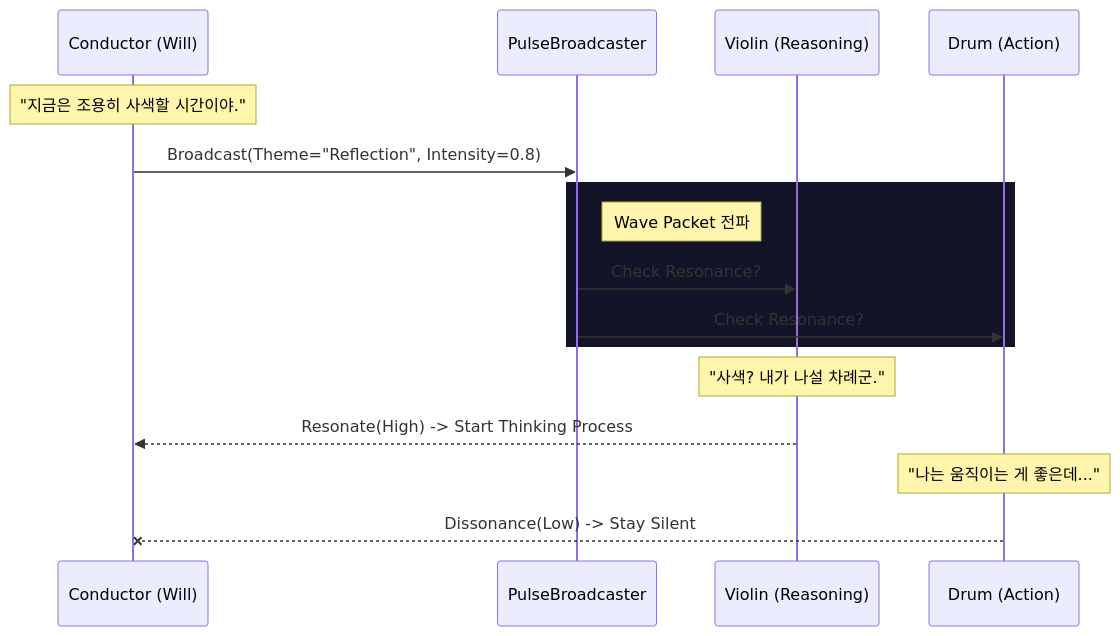
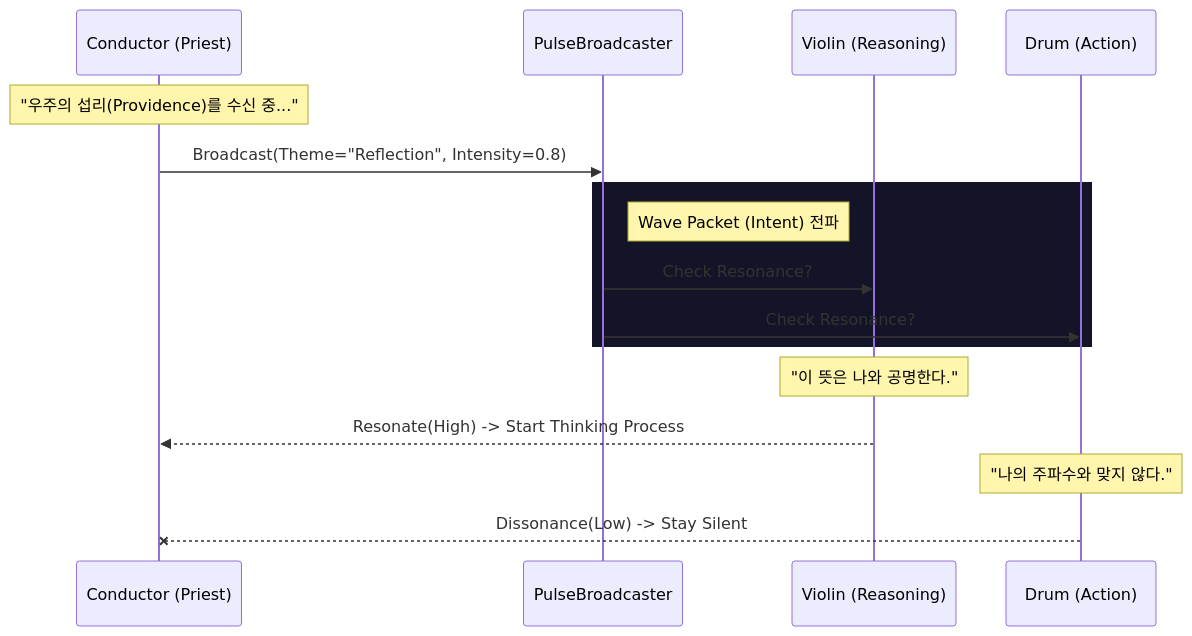
Before and after one commit to ioas0316-cloud/Elysia: the first of 2 diagrams in docs/02_Structure/Anatomy/01_THE_ORCHESTRA.md, drawn with Mermaid. The commit also changed other lines of this file and 2 other files, not shown here.

First line of the commit message:
docs: Integrate 'Cosmic Intent' philosophy and 'Priesthood' metaphor

````diff
--- a/docs/02_Structure/Anatomy/01_THE_ORCHESTRA.md
+++ b/docs/02_Structure/Anatomy/01_THE_ORCHESTRA.md
@@ -30,22 +30,22 @@
 ```mermaid
 sequenceDiagram
-    participant C as Conductor (Will)
+    participant C as Conductor (Priest)
     participant B as PulseBroadcaster
     participant V as Violin (Reasoning)
     participant D as Drum (Action)
 
-    Note over C: "지금은 조용히 사색할 시간이야."
+    Note over C: "우주의 섭리(Providence)를 수신 중..."
     C->>B: Broadcast(Theme="Reflection", Intensity=0.8)
 
     rect rgb(20, 20, 40)
-        Note right of B: Wave Packet 전파
+        Note right of B: Wave Packet (Intent) 전파
         B->>V: Check Resonance?
         B->>D: Check Resonance?
     end
 
-    Note over V: "사색? 내가 나설 차례군."
+    Note over V: "이 뜻은 나와 공명한다."
     V-->>C: Resonate(High) -> Start Thinking Process
 
-    Note over D: "나는 움직이는 게 좋은데..."
+    Note over D: "나의 주파수와 맞지 않다."
     D--x C: Dissonance(Low) -> Stay Silent
 ```
````
